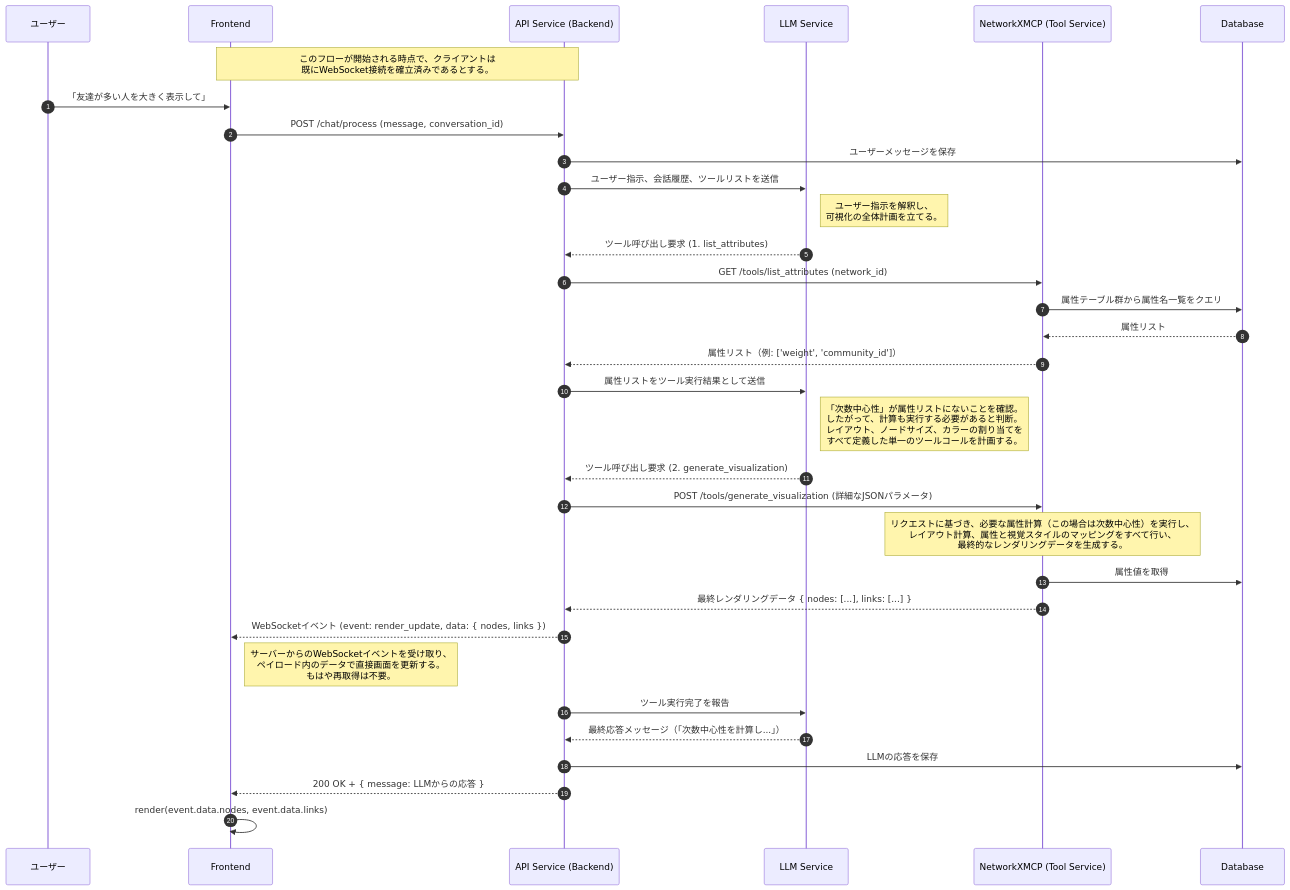
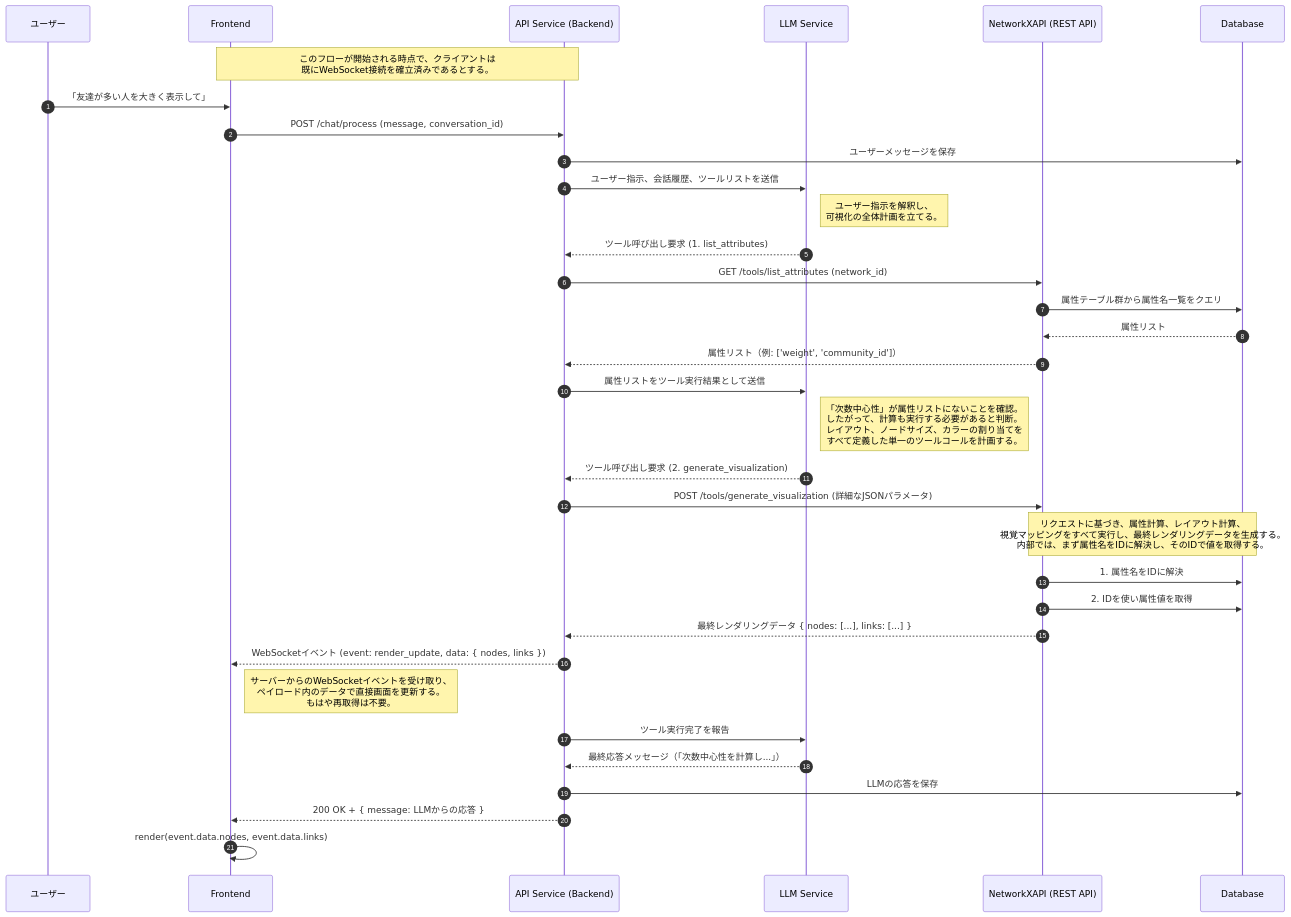
Before and after one commit to vdslab/LLMGraphvis: the second of 6 diagrams in specification/2_Technical_Details/6_Core_Workflows.md, drawn with Mermaid. The commit also changed other lines of this file and 22 other files, not shown here.

Commit message:
Remove outdated API and architecture specifications for LLMGraphvis and NetworkXMCP; update README to reflect changes in component naming.

````diff
--- a/specification/2_Technical_Details/6_Core_Workflows.md
+++ b/specification/2_Technical_Details/6_Core_Workflows.md
@@ -73,50 +74,51 @@
 ```mermaid
 sequenceDiagram
     autonumber
     %% Participants
     participant U as ユーザー
     participant F as Frontend
     participant B as API Service (Backend)
     participant LLM as LLM Service
-    participant N as NetworkXMCP (Tool Service)
+    participant N as NetworkXAPI (REST API)
     participant DB as Database
 
     note over F, B: このフローが開始される時点で、クライアントは<br/>既にWebSocket接続を確立済みであるとする。
 
     U->>F: 「友達が多い人を大きく表示して」
     F->>B: POST /chat/process (message, conversation_id)
     B->>DB: ユーザーメッセージを保存
 
     %% Step 1: Backend asks LLM for a plan
     B->>LLM: ユーザー指示、会話履歴、ツールリストを送信
     note right of LLM: ユーザー指示を解釈し、<br/>可視化の全体計画を立てる。
     LLM-->>B: ツール呼び出し要求 (1. list_attributes)
 
     %% Step 2: Backend executes list_attributes to aid LLM's planning
     B->>N: GET /tools/list_attributes (network_id)
     N->>DB: 属性テーブル群から属性名一覧をクエリ
     DB-->>N: 属性リスト
     N-->>B: 属性リスト（例: ['weight', 'community_id']）
 
     %% Step 3: Backend asks LLM for the final visualization plan
     B->>LLM: 属性リストをツール実行結果として送信
     note right of LLM: 「次数中心性」が属性リストにないことを確認。<br/>したがって、計算も実行する必要があると判断。<br/>レイアウト、ノードサイズ、カラーの割り当てを<br/>すべて定義した単一のツールコールを計画する。
     LLM-->>B: ツール呼び出し要求 (2. generate_visualization)
 
     %% Step 4: Backend executes the single visualization tool
     B->>N: POST /tools/generate_visualization (詳細なJSONパラメータ)
-    note over N: リクエストに基づき、必要な属性計算（この場合は次数中心性）を実行し、<br/>レイアウト計算、属性と視覚スタイルのマッピングをすべて行い、<br/>最終的なレンダリングデータを生成する。
-    N->>DB: 属性値を取得
+    note over N,DB: リクエストに基づき、属性計算、レイアウト計算、<br/>視覚マッピングをすべて実行し、最終レンダリングデータを生成する。<br>内部では、まず属性名をIDに解決し、そのIDで値を取得する。
+    N->>DB: 1. 属性名をIDに解決
+    N->>DB: 2. IDを使い属性値を取得
     N-->>B: 最終レンダリングデータ { nodes: [...], links: [...] }
 
     %% Step 5: Backend sends final data and response to Frontend
     B-->>F: WebSocketイベント (event: render_update, data: { nodes, links })
     note right of F: サーバーからのWebSocketイベントを受け取り、<br/>ペイロード内のデータで直接画面を更新する。<br/>もはや再取得は不要。
     B->>LLM: ツール実行完了を報告
     LLM-->>B: 最終応答メッセージ（「次数中心性を計算し...」）
     B->>DB: LLMの応答を保存
     B-->>F: 200 OK + { message: LLMからの応答 }
 
     %% Step 6: Frontend renders the updated network
     F->>F: render(event.data.nodes, event.data.links)
 ```
````
